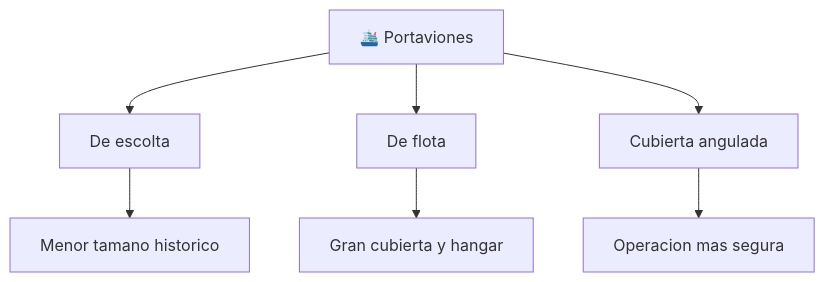
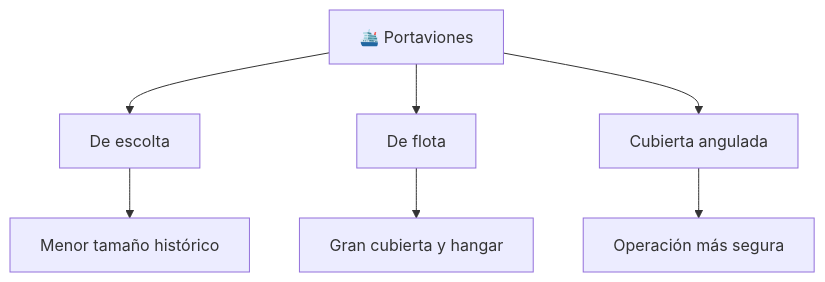
One commit to vladimiracunadev-create/machine-operator-program changed the diagram in vehiculos/portaviones/operacion/caracteristicas-portaviones.md. Above: the diagram before and after it, drawn with Mermaid. The commit also changed other lines of this file and 442 other files, not shown here.

````diff
--- a/vehiculos/portaviones/operacion/caracteristicas-portaviones.md
+++ b/vehiculos/portaviones/operacion/caracteristicas-portaviones.md
@@ -35,9 +35,9 @@
 ```mermaid
 flowchart TD
     Porta[🛳️ Portaviones] --> Escolta[De escolta]
     Porta --> Flota[De flota]
     Porta --> Moderno[Cubierta angulada]
-    Escolta --> Peque[Menor tamano historico]
+    Escolta --> Peque[Menor tamaño histórico]
     Flota --> Grande[Gran cubierta y hangar]
-    Moderno --> Seguro[Operacion mas segura]
+    Moderno --> Seguro[Operación más segura]
 ```
````
